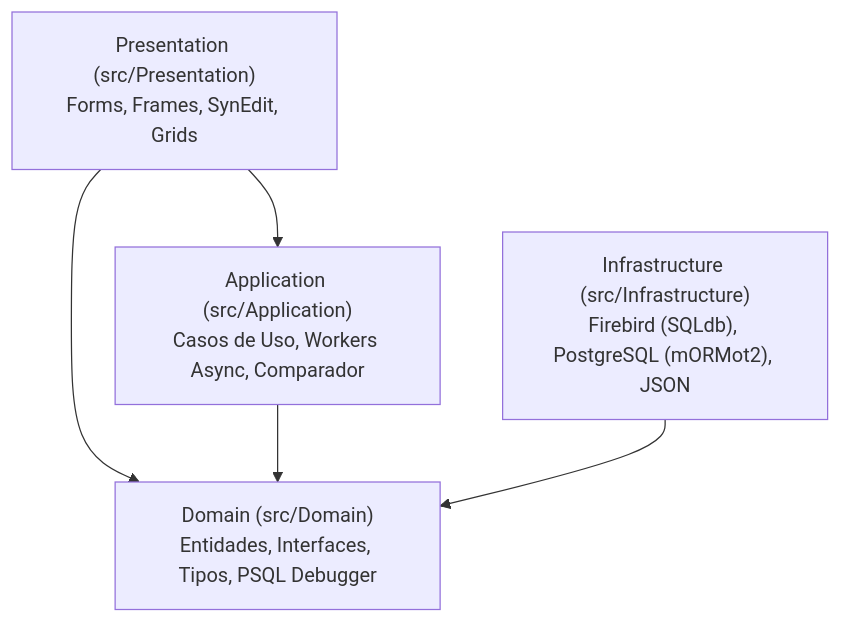
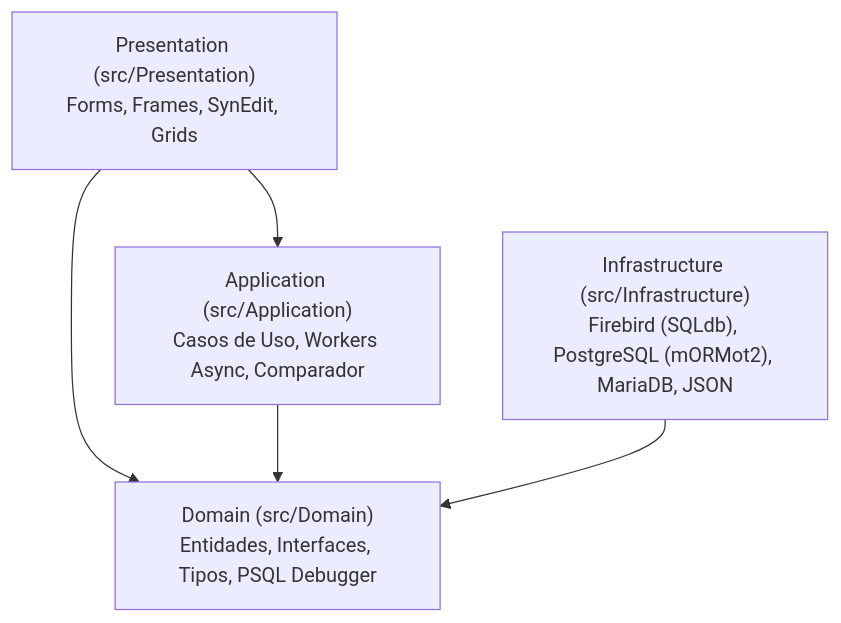
Before and after one commit to ismaelspaniol/MultiDbSqlEditor: the diagram in ARQUITETURA.md, drawn with Mermaid. The commit also changed other lines of this file and 46 other files, not shown here.

Commit message:
feat: multi-banco PostgreSQL, Import Data (Excel/CSV), busca global de metadados, gerenciador de indices, diff DDL colorido, geradores SQL/CSV e documentacao integrada

````diff
--- a/ARQUITETURA.md
+++ b/ARQUITETURA.md
@@ -11,12 +11,12 @@
 ```mermaid
 flowchart TD
     P["Presentation (src/Presentation)<br/>Forms, Frames, SynEdit, Grids"]
     A["Application (src/Application)<br/>Casos de Uso, Workers Async, Comparador"]
     D["Domain (src/Domain)<br/>Entidades, Interfaces, Tipos, PSQL Debugger"]
-    I["Infrastructure (src/Infrastructure)<br/>Firebird (SQLdb), PostgreSQL (mORMot2), JSON"]
+    I["Infrastructure (src/Infrastructure)<br/>Firebird (SQLdb), PostgreSQL (mORMot2), MariaDB, JSON"]
 
     P --> A
     P --> D
     A --> D
     I --> D
 ```
````
